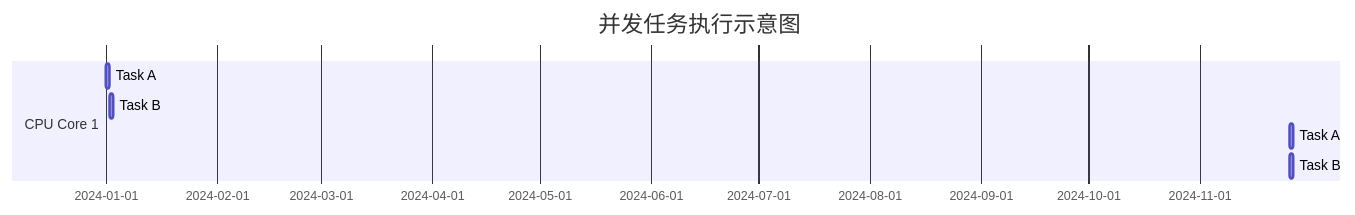
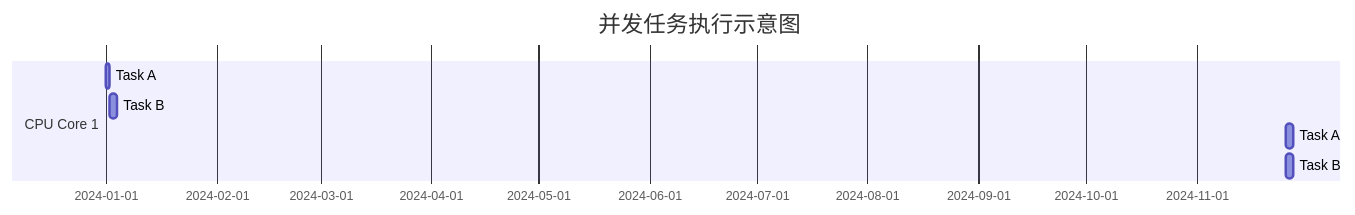
The first of 3 diagrams in System Design/并发 vs 并行.md (uwspstar/20-Day-Challenge-List), drawn with Mermaid before and after one commit.

Commit message:
Update 并发 vs 并行.md

````diff
--- a/System Design/并发 vs 并行.md
+++ b/System Design/并发 vs 并行.md
@@ -40,11 +40,11 @@
 ```mermaid
 gantt
     title 并发任务执行示意图
     dateFormat  YYYY-MM-DD
     section CPU Core 1
     Task A           :a1, 2024-01-01, 1d
-    Task B           :after a1, 1d
-    Task A           :after a2, 1d
-    Task B           :after a3, 1d
+    Task B           :after a1, 2d
+    Task A           :after a2, 2d
+    Task B           :after a3, 2d
 
 ```
````
